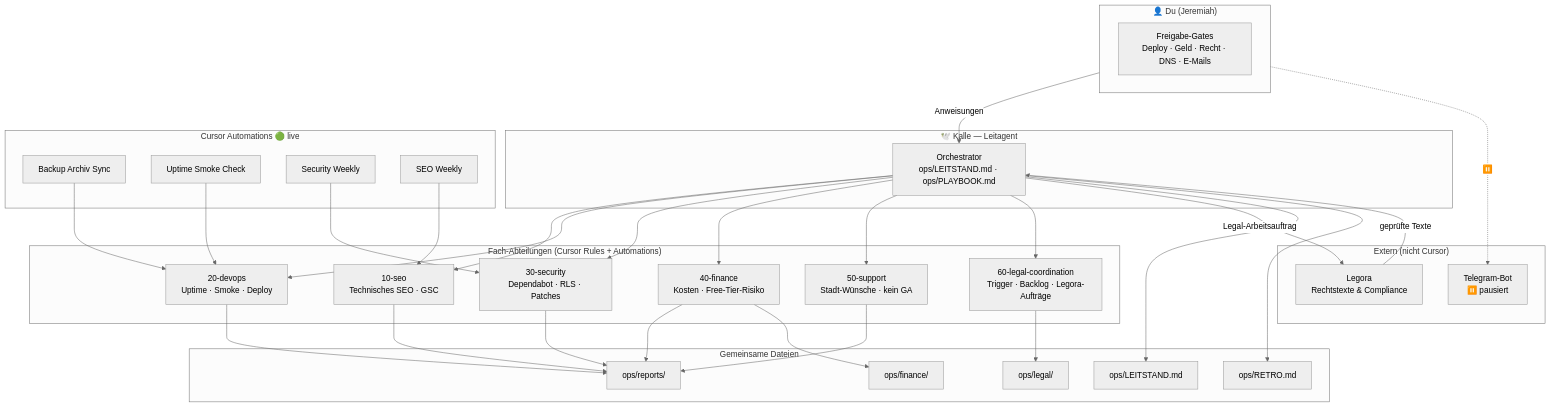
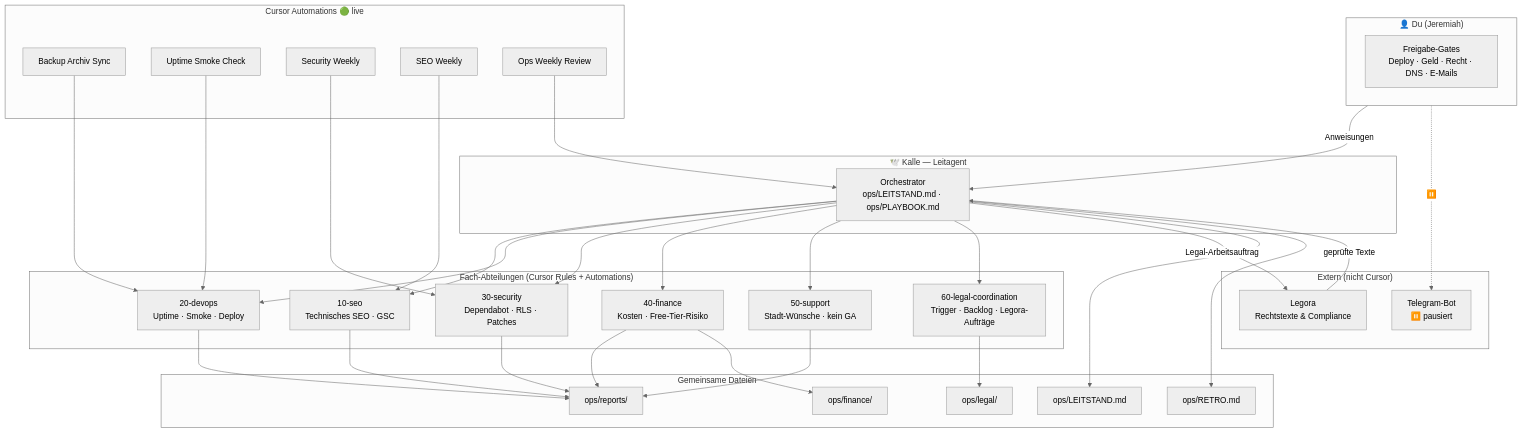
One commit to Lauer-Team/KiezQuiz changed the diagram in ops/ORGANIGRAMM.md. Above: the diagram before and after it, drawn with Mermaid (neutral theme). The commit also changed other lines of this file and 4 other files, not shown here.

First line of the commit message:
Leitstand: Ops Weekly Review als live (Automation #4).

````diff
--- a/ops/ORGANIGRAMM.md
+++ b/ops/ORGANIGRAMM.md
@@ -5,55 +5,57 @@
 ```mermaid
 flowchart TB
     subgraph mensch["👤 Du (Jeremiah)"]
         OK["Freigabe-Gates<br/>Deploy · Geld · Recht · DNS · E-Mails"]
     end
 
     subgraph leit["🕊️ Kalle — Leitagent"]
         K["Orchestrator<br/>ops/LEITSTAND.md · ops/PLAYBOOK.md"]
     end
 
     subgraph fach["Fach-Abteilungen (Cursor Rules + Automations)"]
         SEO["10-seo<br/>Technisches SEO · GSC"]
         DEV["20-devops<br/>Uptime · Smoke · Deploy"]
         SEC["30-security<br/>Dependabot · RLS · Patches"]
         FIN["40-finance<br/>Kosten · Free-Tier-Risiko"]
         SUP["50-support<br/>Stadt-Wünsche · kein GA"]
         LEGC["60-legal-coordination<br/>Trigger · Backlog · Legora-Aufträge"]
     end
 
     subgraph external["Extern (nicht Cursor)"]
         LEG["Legora<br/>Rechtstexte & Compliance"]
         TG["Telegram-Bot<br/>⏸️ pausiert"]
     end
 
     subgraph auto["Cursor Automations 🟢 live"]
         A0["Backup Archiv Sync"]
         A1["Uptime Smoke Check"]
         A2["Security Weekly"]
         A3["SEO Weekly"]
+        A4["Ops Weekly Review"]
     end
 
     subgraph shared["Gemeinsame Dateien"]
         LS["ops/LEITSTAND.md"]
         RP["ops/reports/"]
         RT["ops/RETRO.md"]
         FINS["ops/finance/"]
         LEGF["ops/legal/"]
     end
 
     mensch -->|"Anweisungen"| K
     K --> SEO & DEV & SEC & FIN & SUP & LEGC
     K -->|"Legal-Arbeitsauftrag"| LEG
     LEG -->|"geprüfte Texte"| K
     mensch -.->|"⏸️"| TG
 
     A0 --> DEV
     A1 --> DEV
     A2 --> SEC
     A3 --> SEO
+    A4 --> K
 
     SEO & DEV & SEC & FIN & SUP --> RP
     LEGC --> LEGF
     FIN --> FINS
     K --> LS & RT
 ```
````
